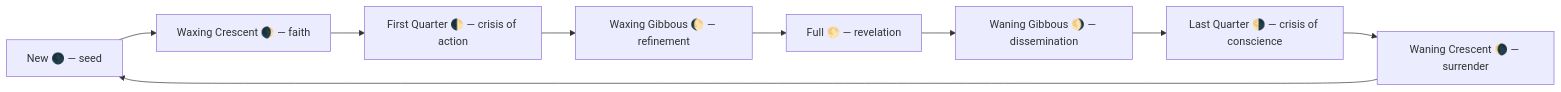
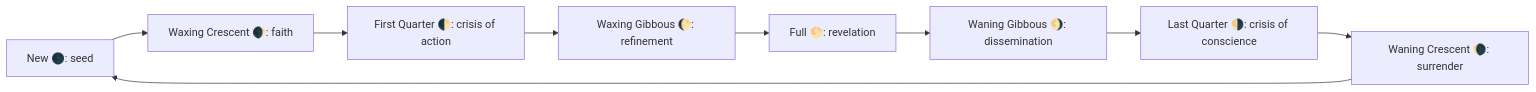
Before and after one commit to kennethreitz/kennethreitz.org: the diagram in data/knowledge/astrology/phases-of-the-moon/index.md, drawn with Mermaid. The commit also changed other lines of this file and 879 other files, not shown here.

````diff
--- a/data/knowledge/astrology/phases-of-the-moon/index.md
+++ b/data/knowledge/astrology/phases-of-the-moon/index.md
@@ -31,12 +31,12 @@
 ```mermaid
 flowchart LR
-    N["New 🌑 — seed"]
-    WxC["Waxing Crescent 🌒 — faith"]
-    FQ["First Quarter 🌓 — crisis of action"]
-    WxG["Waxing Gibbous 🌔 — refinement"]
-    F["Full 🌕 — revelation"]
-    WnG["Waning Gibbous 🌖 — dissemination"]
-    LQ["Last Quarter 🌗 — crisis of conscience"]
-    WnC["Waning Crescent 🌘 — surrender"]
+    N["New 🌑: seed"]
+    WxC["Waxing Crescent 🌒: faith"]
+    FQ["First Quarter 🌓: crisis of action"]
+    WxG["Waxing Gibbous 🌔: refinement"]
+    F["Full 🌕: revelation"]
+    WnG["Waning Gibbous 🌖: dissemination"]
+    LQ["Last Quarter 🌗: crisis of conscience"]
+    WnC["Waning Crescent 🌘: surrender"]
     N --> WxC --> FQ --> WxG --> F --> WnG --> LQ --> WnC --> N
 ```
````
